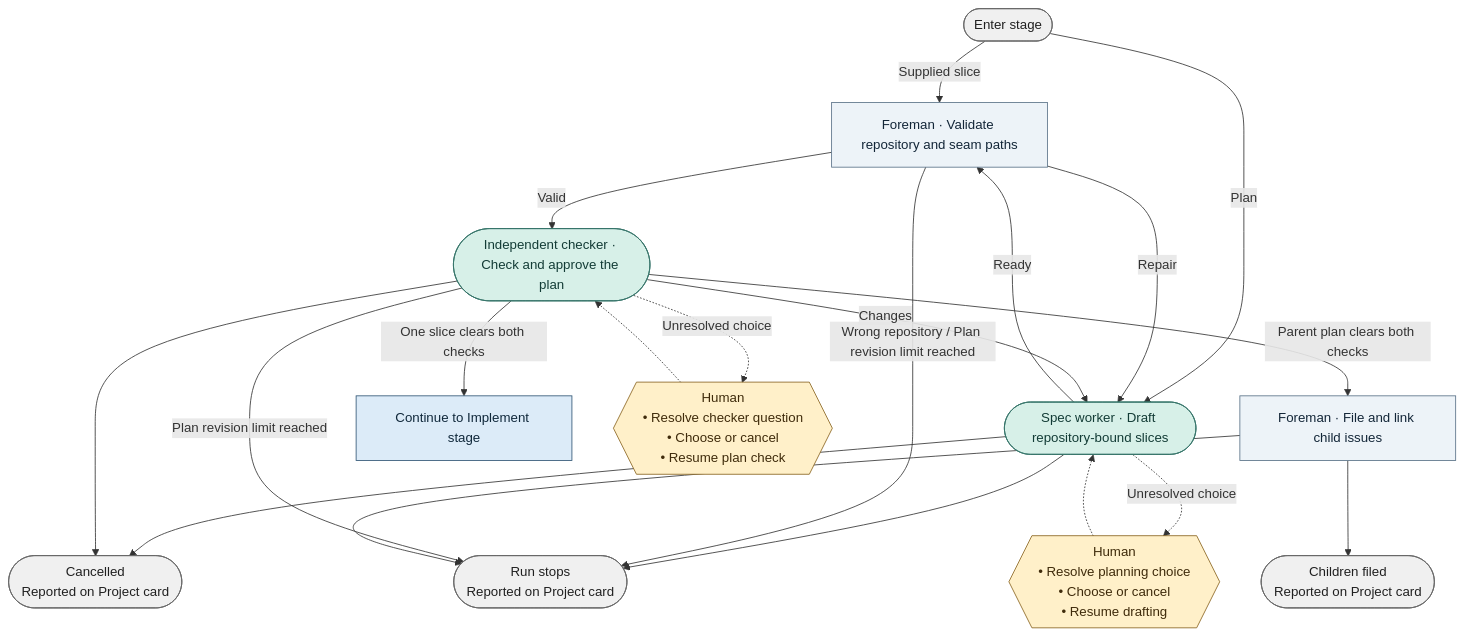
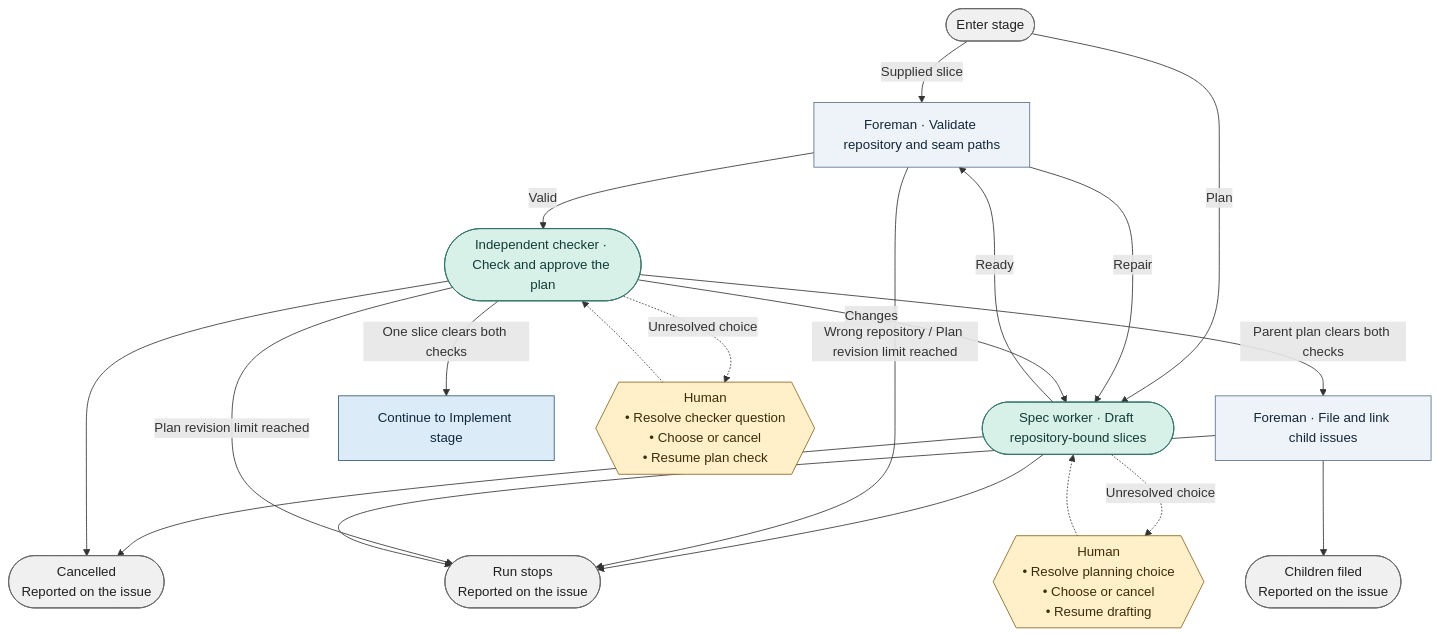
Before and after one commit to bookout-labs/tools: the diagram in docs/graph/blueprint/views/stages/spec.mmd, drawn with Mermaid. The commit also changed 30 other files, not shown here.

```diff
--- a/docs/graph/blueprint/views/stages/spec.mmd
+++ b/docs/graph/blueprint/views/stages/spec.mmd
@@ -1,36 +1,36 @@
 flowchart TD
     n0(["Enter stage"]):::terminal
     n1(["Spec worker · Draft repository-bound slices"]):::worker
     n2["Foreman · Validate repository and seam paths"]:::step
     n3(["Independent checker · Check and approve the plan"]):::worker
     n4["Foreman · File and link child issues"]:::step
-    n5(["Cancelled<br/>Reported on Project card"]):::terminal
-    n6(["Run stops<br/>Reported on Project card"]):::terminal
+    n5(["Cancelled<br/>Reported on the issue"]):::terminal
+    n6(["Run stops<br/>Reported on the issue"]):::terminal
     n7["Continue to Implement stage"]:::stage
-    n8(["Children filed<br/>Reported on Project card"]):::terminal
+    n8(["Children filed<br/>Reported on the issue"]):::terminal
     n9{{"Human<br/>• Resolve planning choice<br/>• Choose or cancel<br/>• Resume drafting"}}:::gate
     n10{{"Human<br/>• Resolve checker question<br/>• Choose or cancel<br/>• Resume plan check"}}:::gate
     n0 -->|"Supplied slice"| n2
     n0 -->|"Plan"| n1
     n1 -->|"Ready"| n2
     n1 --> n5
     n1 --> n6
     n2 -->|"Wrong repository / Plan revision limit reached"| n6
     n2 -->|"Repair"| n1
     n2 -->|"Valid"| n3
     n3 -->|"Plan revision limit reached"| n6
     n3 -->|"Changes"| n1
     n3 --> n5
     n3 -->|"One slice clears both checks"| n7
     n3 -->|"Parent plan clears both checks"| n4
     n4 --> n8
     n4 --> n6
     n1 -.->|"Unresolved choice"| n9
     n9 -.-> n1
     n3 -.->|"Unresolved choice"| n10
     n10 -.-> n3
     classDef stage fill:#dcebf8,stroke:#315675,color:#10283b
     classDef step fill:#edf3f8,stroke:#597187,color:#132638
     classDef worker fill:#d7f0e8,stroke:#357369,color:#133c36
     classDef gate fill:#fff0c9,stroke:#89641f,color:#3f2b0b
     classDef terminal fill:#f0f0f0,stroke:#666666,color:#202020
```
